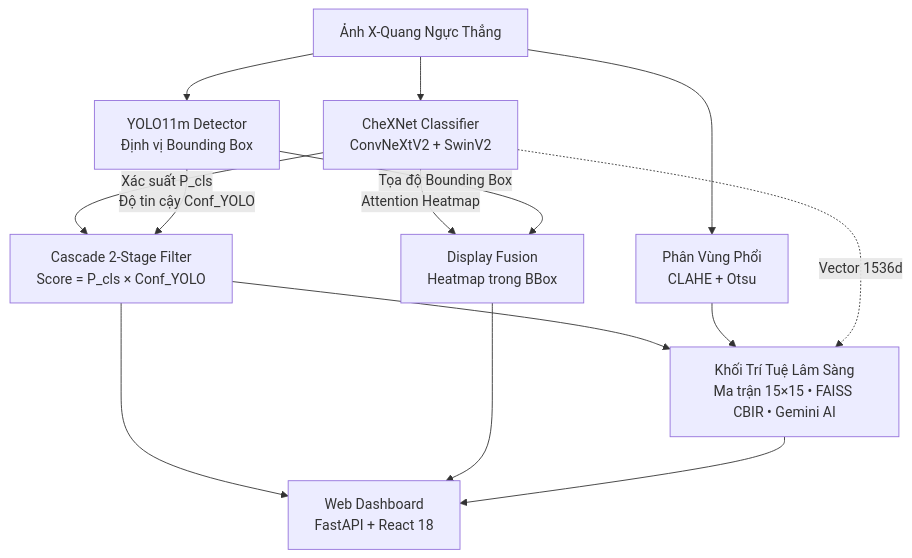
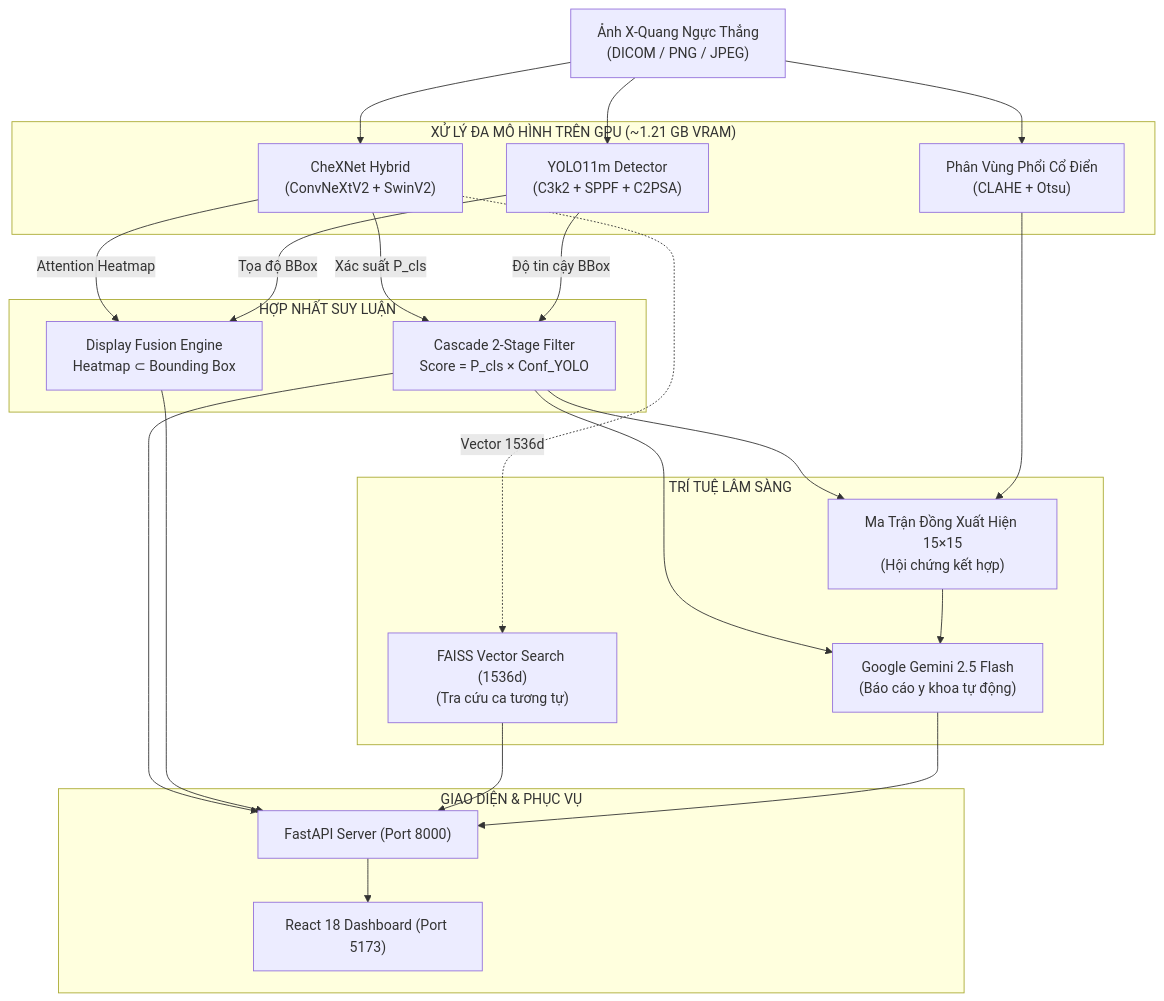
One commit to lecuong2512/CheXNet changed the first of 6 diagrams in README.md. Above: the diagram before and after it, drawn with Mermaid. The commit also changed other lines of this file, not shown here.

Commit message:
docs: add 6 modular flowchart TB diagrams covering system, models, web, and training

````diff
--- a/README.md
+++ b/README.md
@@ -71,20 +75,48 @@
 ```mermaid
-graph TB
-    IN[Ảnh X-Quang Ngực Thẳng] --> CHEX[CheXNet Classifier<br/>ConvNeXtV2 + SwinV2]
-    IN --> YOLO[YOLO11m Detector<br/>Định vị Bounding Box]
-    IN --> OTSU[Phân Vùng Phổi<br/>CLAHE + Otsu]
+flowchart TB
+    IN["Ảnh X-Quang Ngực Thẳng<br/>(DICOM / PNG / JPEG)"]
+    
+    subgraph INFERENCE["XỬ LÝ ĐA MÔ HÌNH TRÊN GPU (~1.21 GB VRAM)"]
+        CHEX["CheXNet Hybrid<br/>(ConvNeXtV2 + SwinV2)"]
+        YOLO["YOLO11m Detector<br/>(C3k2 + SPPF + C2PSA)"]
+        OTSU["Phân Vùng Phổi Cổ Điển<br/>(CLAHE + Otsu)"]
+    end
 
-    CHEX -->|Xác suất P_cls| CASCADE[Cascade 2-Stage Filter<br/>Score = P_cls × Conf_YOLO]
-    YOLO -->|Độ tin cậy Conf_YOLO| CASCADE
+    subgraph FUSION["HỢP NHẤT SUY LUẬN"]
+        CASCADE["Cascade 2-Stage Filter<br/>Score = P_cls × Conf_YOLO"]
+        DISPLAY["Display Fusion Engine<br/>Heatmap ⊂ Bounding Box"]
+    end
 
-    CHEX -->|Attention Heatmap| FUSION[Display Fusion<br/>Heatmap trong BBox]
-    YOLO -->|Tọa độ Bounding Box| FUSION
+    subgraph CLINICAL["TRÍ TUỆ LÂM SÀNG"]
+        COOC["Ma Trận Đồng Xuất Hiện 15×15<br/>(Hội chứng kết hợp)"]
+        CBIR["FAISS Vector Search (1536d)<br/>(Tra cứu ca tương tự)"]
+        GEMINI["Google Gemini 2.5 Flash<br/>(Báo cáo y khoa tự động)"]
+    end
 
-    CASCADE --> CLINICAL[Khối Trí Tuệ Lâm Sàng<br/>Ma trận 15×15 • FAISS CBIR • Gemini AI]
-    OTSU --> CLINICAL
-    CHEX -.->|Vector 1536d| CLINICAL
+    subgraph SERVING["GIAO DIỆN & PHỤC VỤ"]
+        API["FastAPI Server (Port 8000)"]
+        UI["React 18 Dashboard (Port 5173)"]
+    end
 
-    CASCADE --> WEB[Web Dashboard<br/>FastAPI + React 18]
-    FUSION --> WEB
-    CLINICAL --> WEB
+    IN --> CHEX
+    IN --> YOLO
+    IN --> OTSU
+
+    CHEX -->|Xác suất P_cls| CASCADE
+    YOLO -->|Độ tin cậy BBox| CASCADE
+
+    CHEX -->|Attention Heatmap| DISPLAY
+    YOLO -->|Tọa độ BBox| DISPLAY
+
+    CASCADE --> COOC
+    OTSU --> COOC
+    CHEX -.->|Vector 1536d| CBIR
+    CASCADE --> GEMINI
+    COOC --> GEMINI
+
+    CASCADE --> API
+    DISPLAY --> API
+    CBIR --> API
+    GEMINI --> API
+    API --> UI
 ```
````
